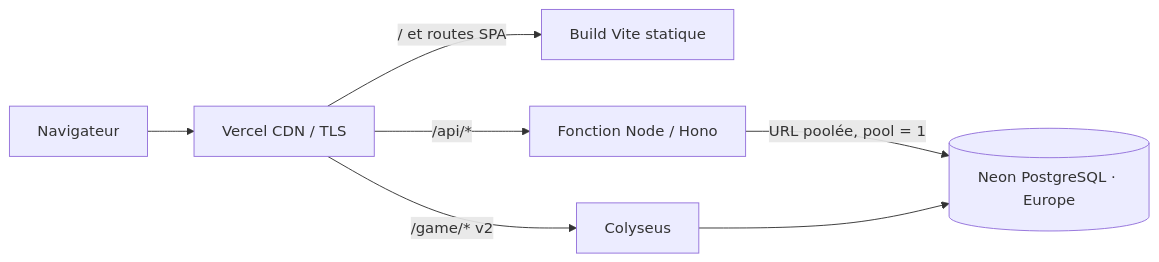
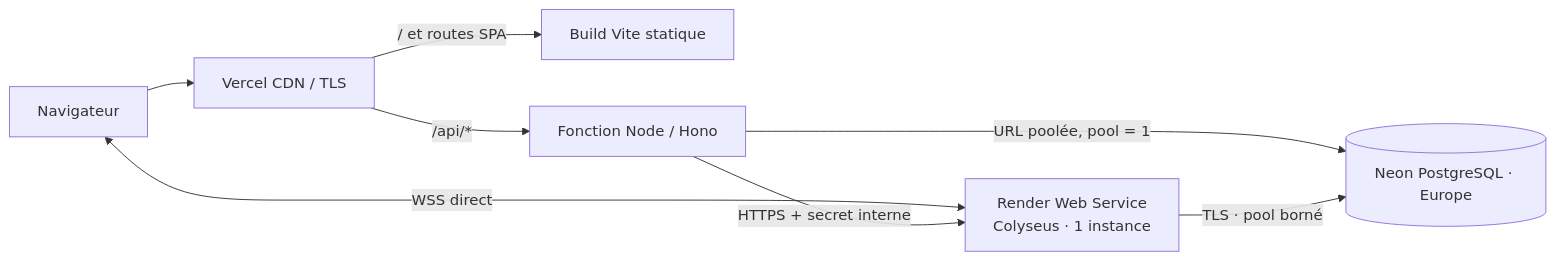
One commit to Danii15321/ThreeStone changed the fourth of 4 diagrams in docs/ARCHITECTURE.md. Above: the diagram before and after it, drawn with Mermaid. The commit also changed other lines of this file and 16 other files, not shown here.

````diff
--- a/docs/ARCHITECTURE.md
+++ b/docs/ARCHITECTURE.md
@@ -877,9 +878,10 @@
 ```mermaid
 flowchart LR
     Browser["Navigateur"] --> Edge["Vercel CDN / TLS"]
     Edge -->|"/ et routes SPA"| Static["Build Vite statique"]
     Edge -->|"/api/*"| Api["Fonction Node / Hono"]
-    Edge -->|"/game/* v2"| Game["Colyseus"]
+    Browser <-->|"WSS direct"| Game["Render Web Service<br/>Colyseus · 1 instance"]
+    Api -->|"HTTPS + secret interne"| Game
     Api -->|URL poolée, pool = 1| Db[("Neon PostgreSQL · Europe")]
-    Game --> Db
+    Game -->|"TLS · pool borné"| Db
 ```
````
